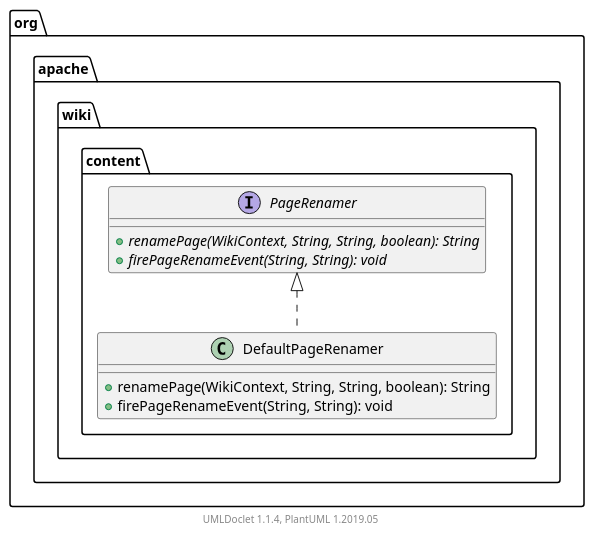
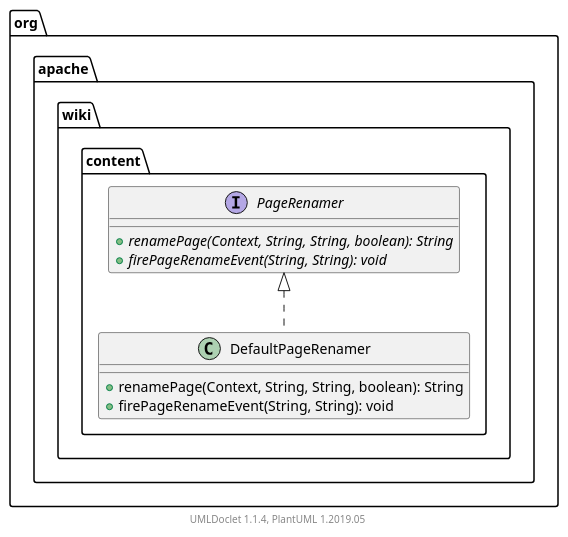
One commit to apache/jspwiki-site changed the diagram in apidocs/2.11.0.M7-SNAPSHOT/org/apache/wiki/content/package.puml. Above: the diagram before and after it, drawn with PlantUML. The commit also changed 1821 other files, not shown here.

```diff
--- a/apidocs/2.11.0.M7-SNAPSHOT/org/apache/wiki/content/package.puml
+++ b/apidocs/2.11.0.M7-SNAPSHOT/org/apache/wiki/content/package.puml
@@ -1,21 +1,21 @@
 @startuml
 
     namespace org.apache.wiki.content {
 
         class DefaultPageRenamer [[DefaultPageRenamer.html]] {
-            +renamePage(WikiContext, String, String, boolean): String
+            +renamePage(Context, String, String, boolean): String
             +firePageRenameEvent(String, String): void
         }
 
         interface PageRenamer [[PageRenamer.html]] {
-            {abstract} +renamePage(WikiContext, String, String, boolean): String
+            {abstract} +renamePage(Context, String, String, boolean): String
             {abstract} +firePageRenameEvent(String, String): void
         }
 
         PageRenamer <|.. DefaultPageRenamer
 
     }
 
 
     center footer UMLDoclet 1.1.4, PlantUML 1.2019.05
 @enduml
```
